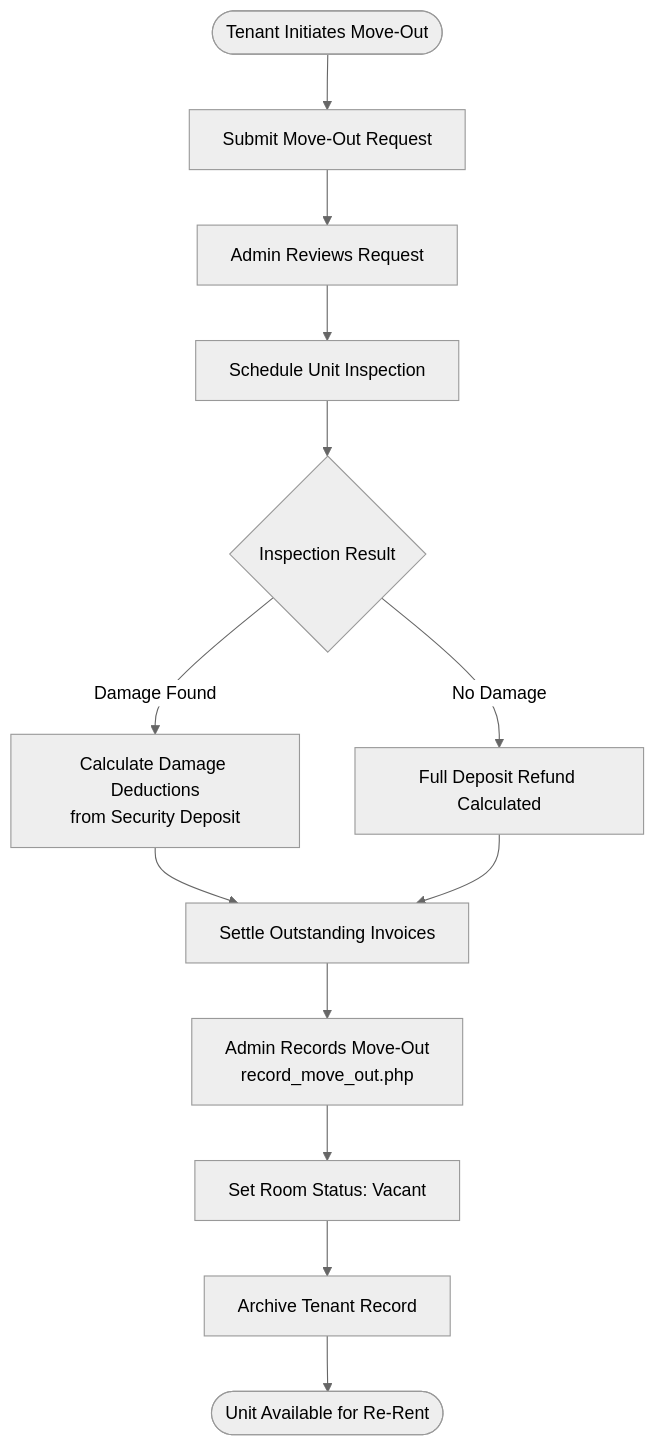
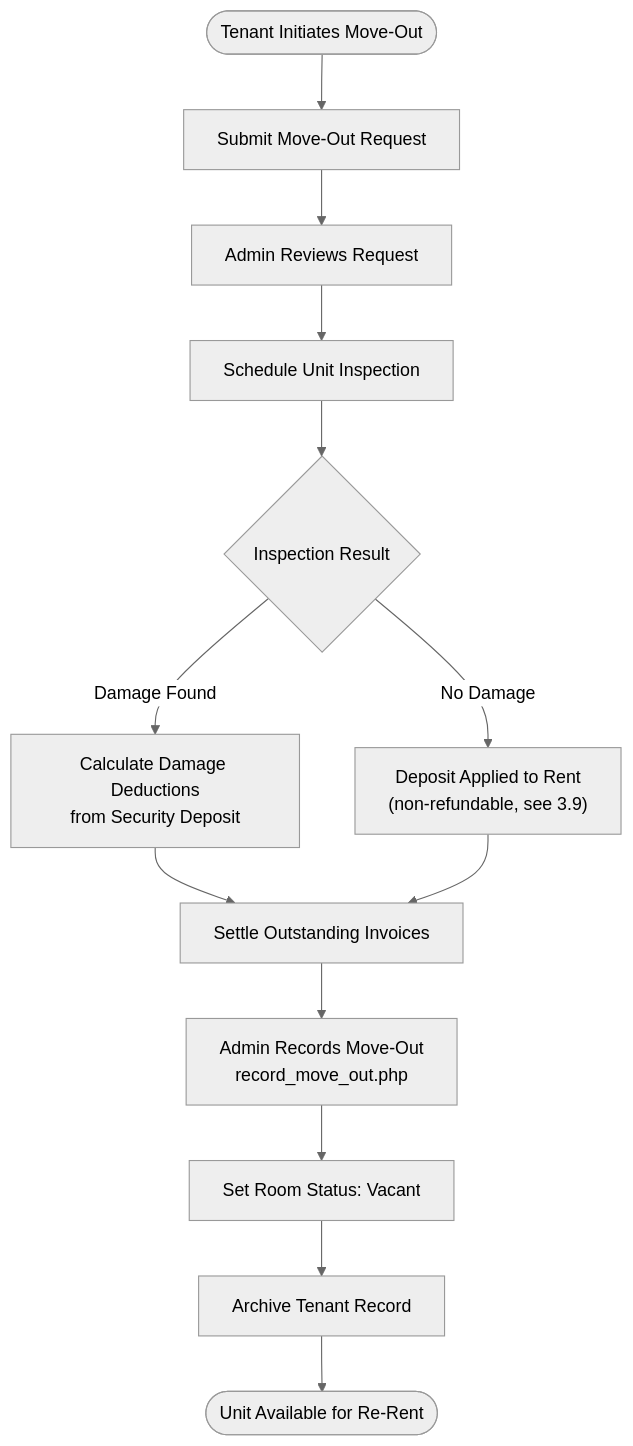
One commit to Keonbe/ApartmentManagementSystem_React changed the third of 11 diagrams in docs/features/panelist_feature_checklist.md. Above: the diagram before and after it, drawn with Mermaid (neutral theme). The commit also changed other lines of this file and 23 other files, not shown here.

````diff
--- a/docs/features/panelist_feature_checklist.md
+++ b/docs/features/panelist_feature_checklist.md
@@ -155,15 +155,15 @@
 ```mermaid
 flowchart TD
     A(["Tenant Initiates Move-Out"]) --> B["Submit Move-Out Request"]
     B --> C["Admin Reviews Request"]
     C --> D["Schedule Unit Inspection"]
     D --> E{"Inspection Result"}
     E -->|Damage Found| F["Calculate Damage Deductions<br/>from Security Deposit"]
-    E -->|No Damage| G["Full Deposit Refund Calculated"]
+    E -->|No Damage| G["Deposit Applied to Rent<br/>(non-refundable, see 3.9)"]
     F --> H["Settle Outstanding Invoices"]
     G --> H
     H --> I["Admin Records Move-Out<br/>record_move_out.php"]
     I --> J["Set Room Status: Vacant"]
     J --> K["Archive Tenant Record"]
     K --> L(["Unit Available for Re-Rent"])
 ```
````
